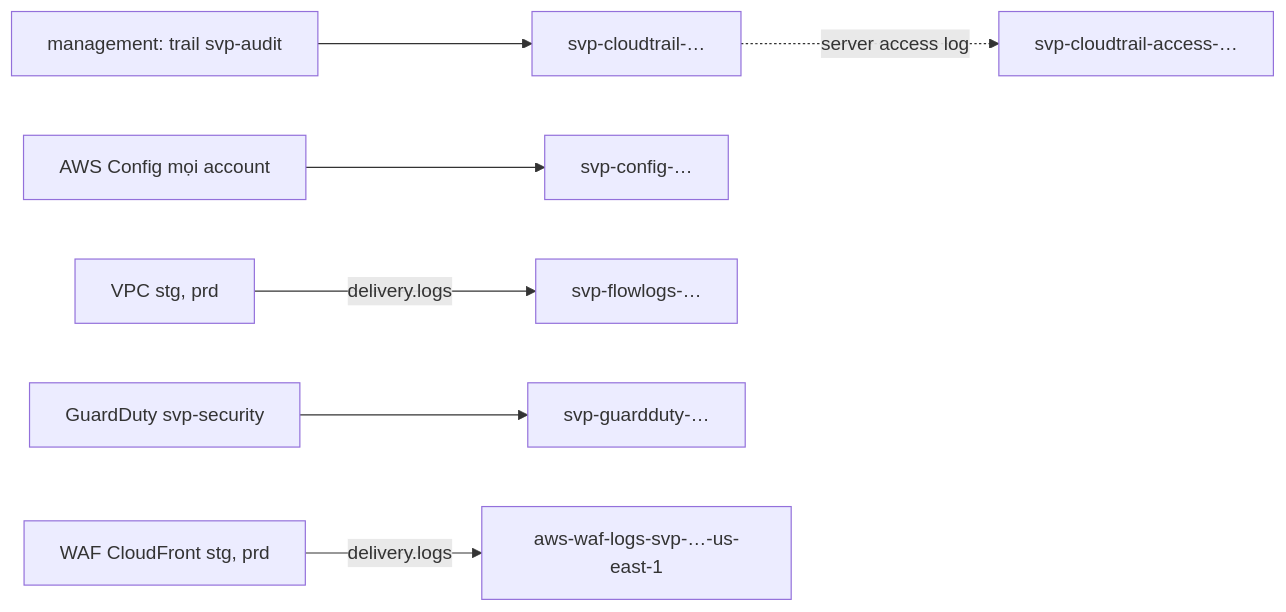
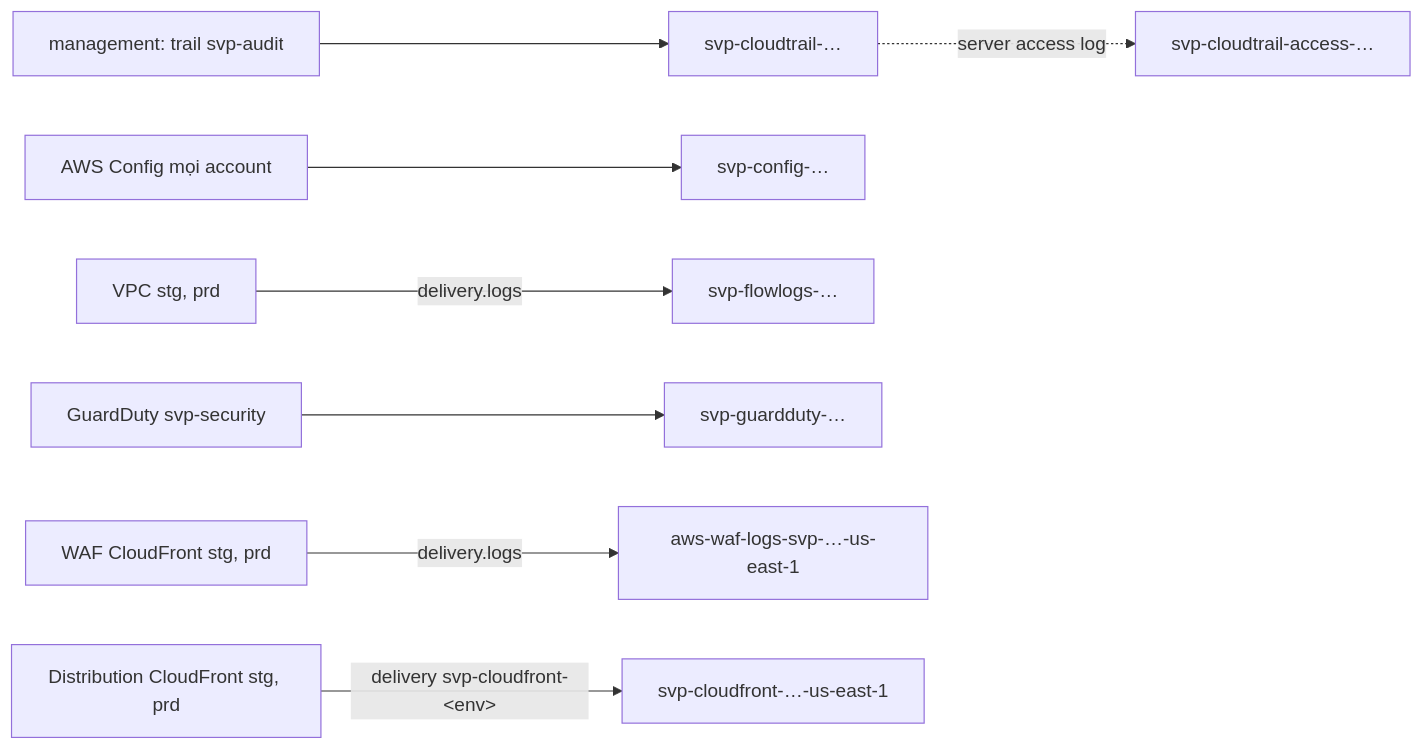
The diagram in aws/log-archive/README.md (anhnvcoder/svp-infra), drawn with Mermaid before and after one commit. The commit also changed other lines of this file and 98 other files, not shown here.

First line of the commit message:
feat(aws): CloudFront edge with WAF, ACM and DNSSEC for web, API and media (#38)

````diff
--- a/aws/log-archive/README.md
+++ b/aws/log-archive/README.md
@@ -41,9 +48,10 @@
 ```mermaid
 flowchart LR
   mgmt["management: trail svp-audit"] --> trail["svp-cloudtrail-…"]
   trail -. server access log .-> access["svp-cloudtrail-access-…"]
   cfg["AWS Config mọi account"] --> config["svp-config-…"]
   vpc["VPC stg, prd"] -- delivery.logs --> flow["svp-flowlogs-…"]
   gd["GuardDuty svp-security"] --> guard["svp-guardduty-…"]
   waf["WAF CloudFront stg, prd"] -- delivery.logs --> wafb["aws-waf-logs-svp-…-us-east-1"]
+  cf["Distribution CloudFront stg, prd"] -- "delivery svp-cloudfront-#60;env#62;" --> cfb["svp-cloudfront-…-us-east-1"]
 ```
````
